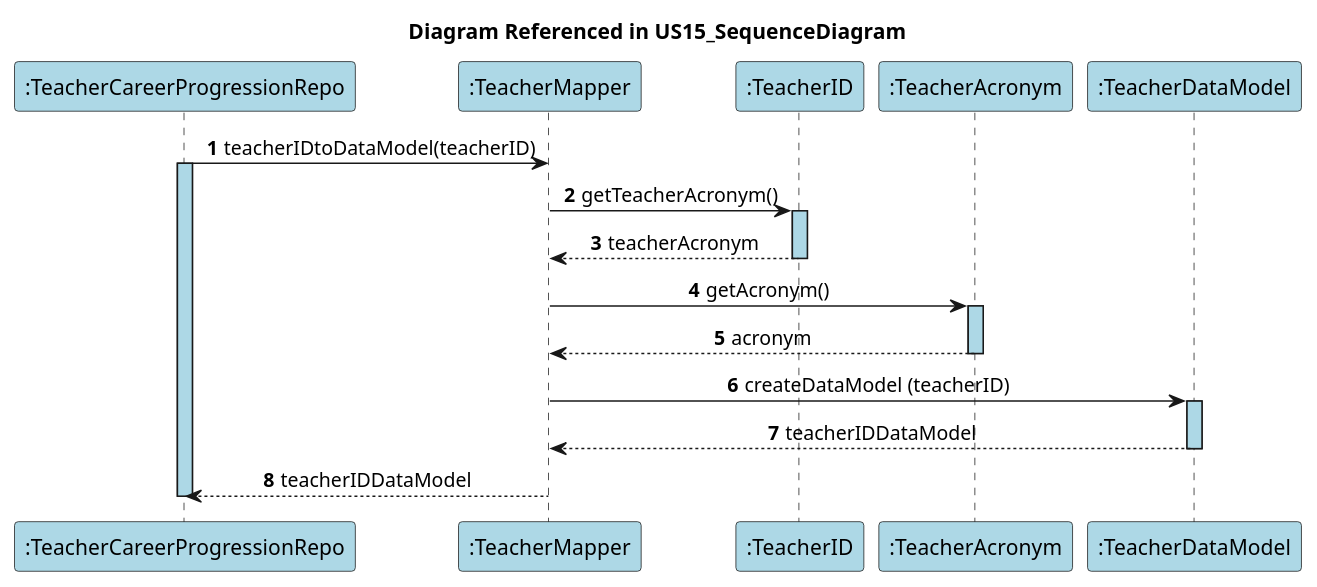
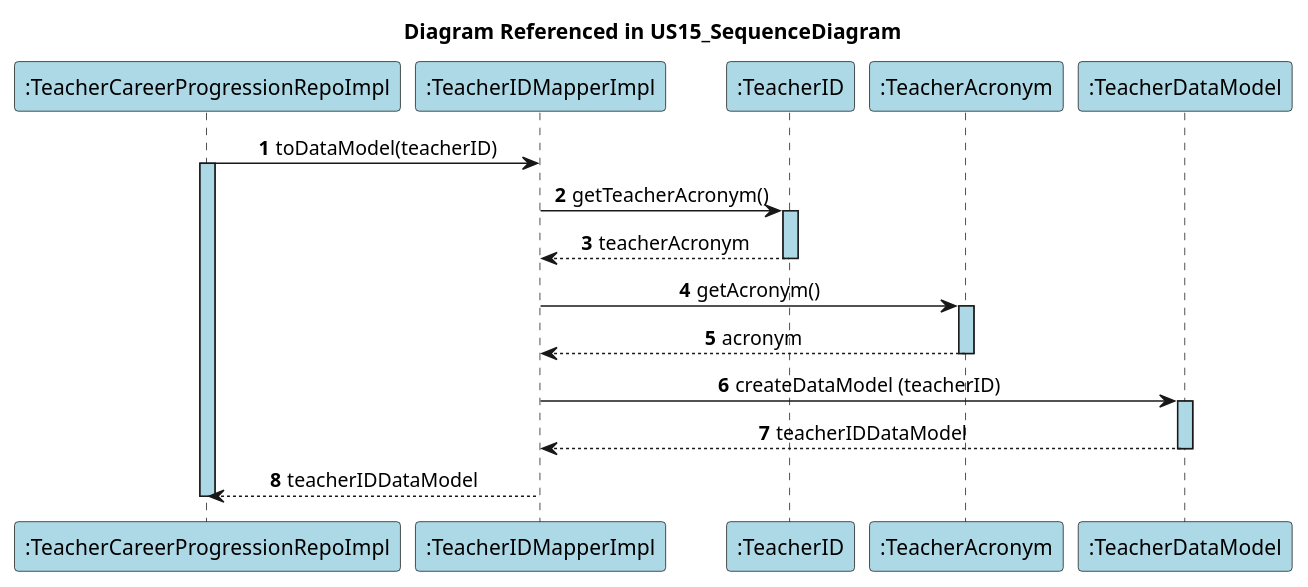
The diagram in docs/US15/UpdateTeacherWorkingPercentage_SpringData/SequenceDiagramRef_TeacherIDDataModel2.puml (GasparISEP/DevOps-PAI), drawn with PlantUML before and after one commit. The commit also changed 5 other files, not shown here.

Commit message:
Refactor classes names in diagrams to follow implementation naming convention. Refs #268

```diff
--- a/docs/US15/UpdateTeacherWorkingPercentage_SpringData/SequenceDiagramRef_TeacherIDDataModel2.puml
+++ b/docs/US15/UpdateTeacherWorkingPercentage_SpringData/SequenceDiagramRef_TeacherIDDataModel2.puml
@@ -1,31 +1,31 @@
 @startuml
 autonumber
 skinparam sequenceMessageAlign center
 skinparam sequenceLifeLineBackgroundColor lightblue
 title Diagram Referenced in US15_SequenceDiagram
 
-participant ":TeacherCareerProgressionRepo" as TCPRepo #lightblue
-participant ":TeacherMapper" as TMapper #lightblue
+participant ":TeacherCareerProgressionRepoImpl" as TCPRepo #lightblue
+participant ":TeacherIDMapperImpl" as TMapper #lightblue
 participant ":TeacherID" as TID #lightblue
 participant ":TeacherAcronym" as TAVO #lightblue
 participant ":TeacherDataModel" as TDM #lightblue
 
-TCPRepo -> TMapper : teacherIDtoDataModel(teacherID)
+TCPRepo -> TMapper : toDataModel(teacherID)
 activate TCPRepo
 TMapper -> TID : getTeacherAcronym()
 activate TID
 TID --> TMapper : teacherAcronym
 deactivate TID
 TMapper -> TAVO : getAcronym()
 activate TAVO
 TAVO --> TMapper :acronym
 deactivate TAVO
 TMapper ->TDM : createDataModel (teacherID)
 activate TDM
 
 
 TDM --> TMapper : teacherIDDataModel
 deactivate TDM
 TMapper --> TCPRepo :teacherIDDataModel
 deactivate TCPRepo
 @enduml
```
